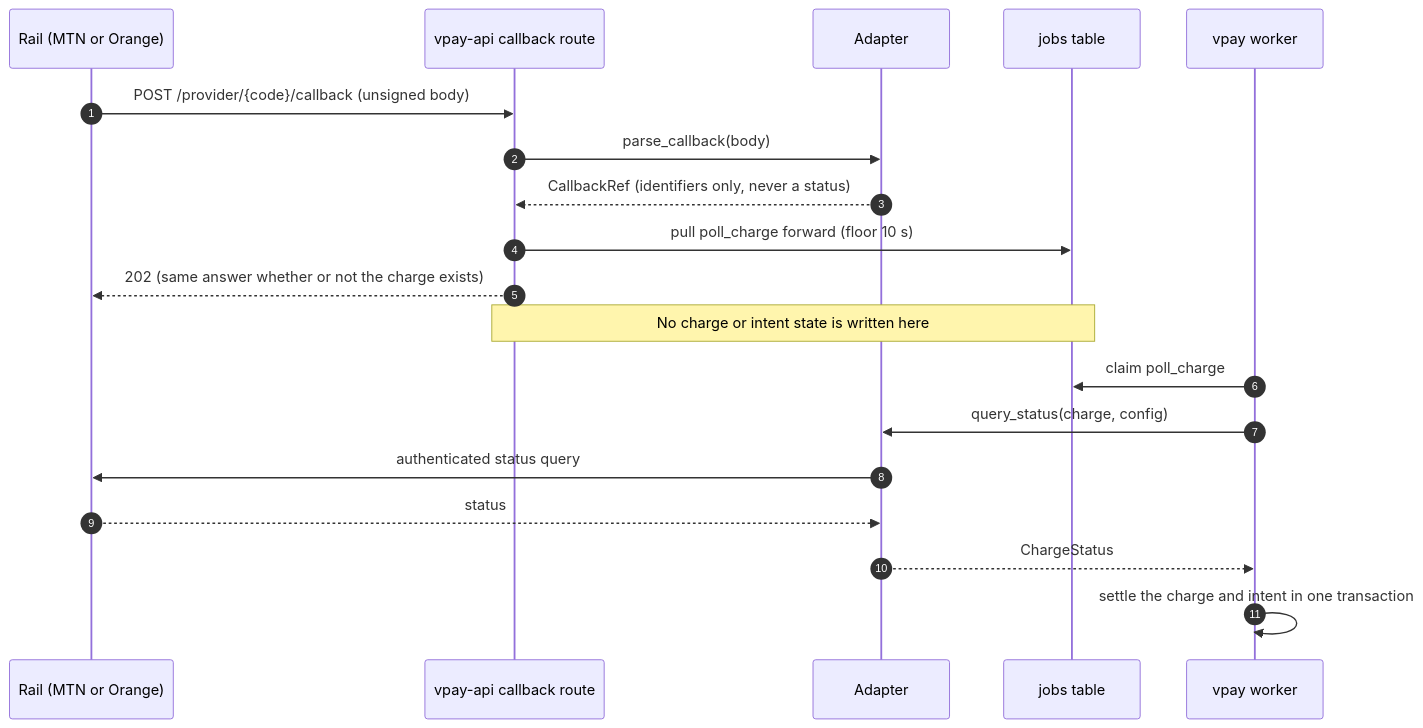
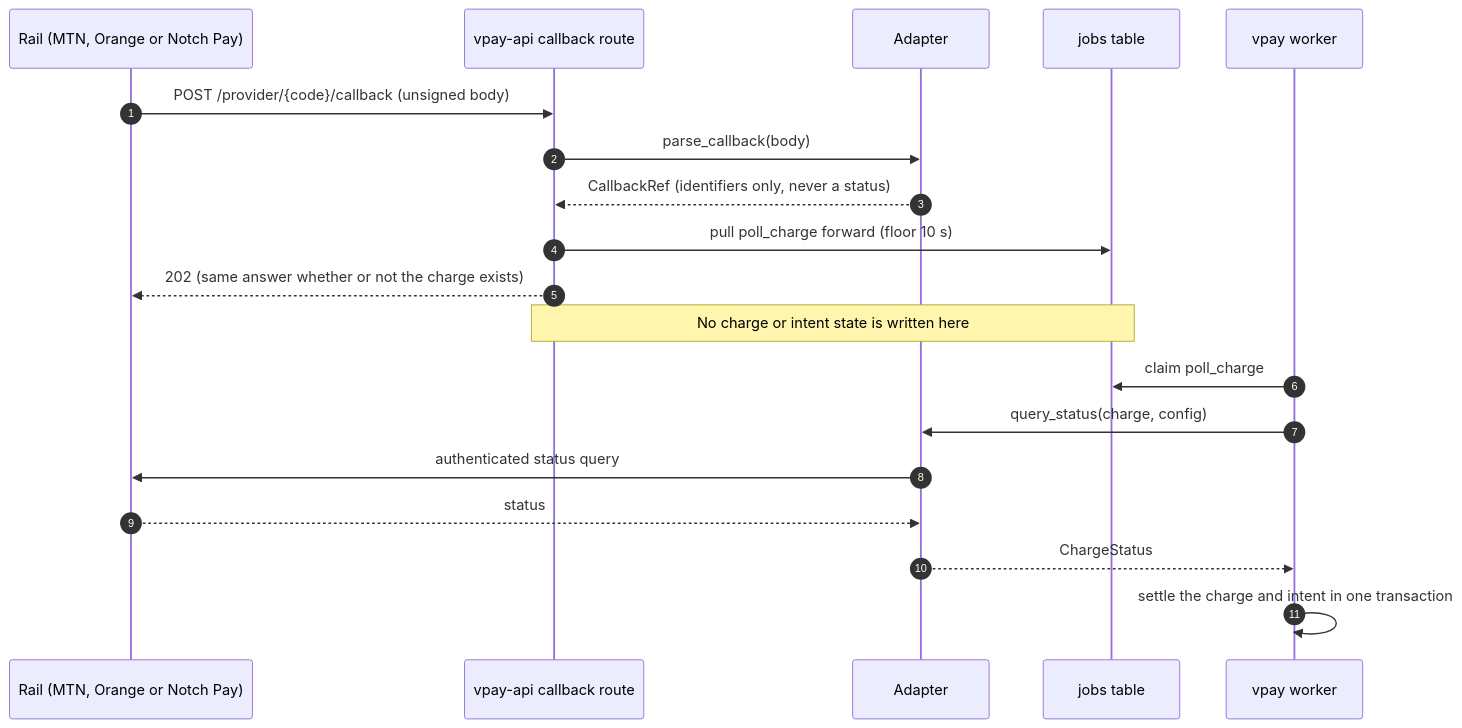
One commit to vaam-apps/vpay-docs changed the third of 3 diagrams in docs/rails/provider-port.md. Above: the diagram before and after it, drawn with Mermaid. The commit also changed other lines of this file and 36 other files, not shown here.

````diff
--- a/docs/rails/provider-port.md
+++ b/docs/rails/provider-port.md
@@ -171,21 +203,21 @@
 ```mermaid
 sequenceDiagram
     autonumber
-    participant Rail as Rail (MTN or Orange)
+    participant Rail as Rail (MTN, Orange or Notch Pay)
     participant CB as vpay-api callback route
     participant Ad as Adapter
     participant Jobs as jobs table
     participant W as vpay worker
     Rail->>CB: POST /provider/{code}/callback (unsigned body)
     CB->>Ad: parse_callback(body)
     Ad-->>CB: CallbackRef (identifiers only, never a status)
     CB->>Jobs: pull poll_charge forward (floor 10 s)
     CB-->>Rail: 202 (same answer whether or not the charge exists)
     Note over CB,Jobs: No charge or intent state is written here
     W->>Jobs: claim poll_charge
     W->>Ad: query_status(charge, config)
     Ad->>Rail: authenticated status query
     Rail-->>Ad: status
     Ad-->>W: ChargeStatus
     W->>W: settle the charge and intent in one transaction
 ```
````
